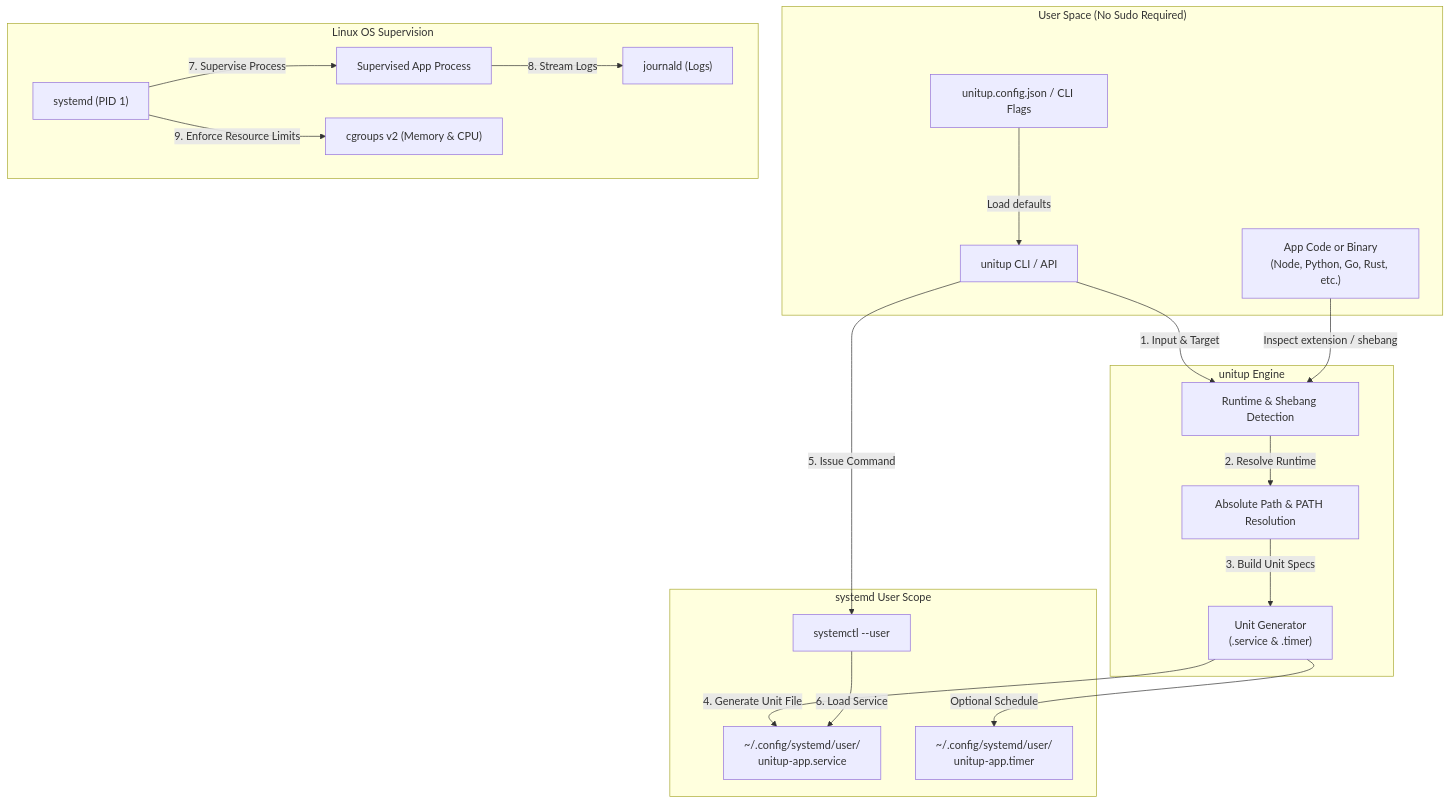
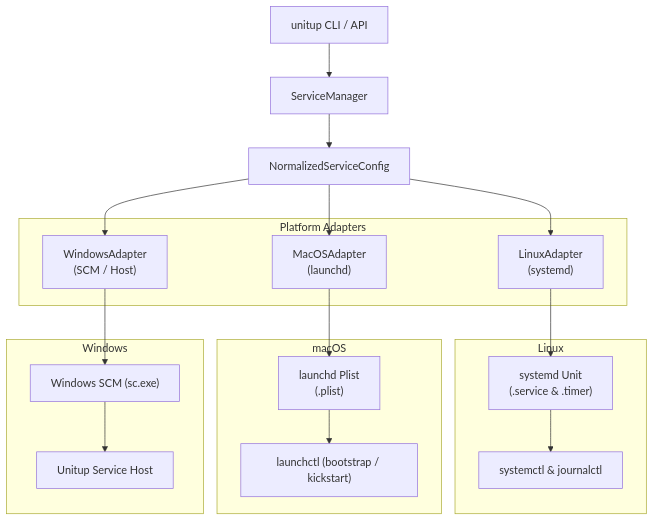
Before and after one commit to litepacks/unitup: the diagram in README.md, drawn with Mermaid. The commit also changed other lines of this file and 52 other files, not shown here.

Commit message:
refactor: implement unified cross-platform service management API with pluggable adapters

````diff
--- a/README.md
+++ b/README.md
@@ -15,40 +36,37 @@
 ```mermaid
 flowchart TD
-    subgraph UserSpace["User Space (No Sudo Required)"]
-        CLI["unitup CLI / API"]
-        Config["unitup.config.json / CLI Flags"]
-        App["App Code or Binary<br/>(Node, Python, Go, Rust, etc.)"]
+    CLI["unitup CLI / API"]
+    Manager["ServiceManager"]
+    Norm["NormalizedServiceConfig"]
+
+    CLI --> Manager
+    Manager --> Norm
+
+    subgraph Adapters["Platform Adapters"]
+        LinuxAdapt["LinuxAdapter<br/>(systemd)"]
+        MacAdapt["MacOSAdapter<br/>(launchd)"]
+        WinAdapt["WindowsAdapter<br/>(SCM / Host)"]
     end
 
-    subgraph UnitupEngine["unitup Engine"]
-        Detect["Runtime & Shebang Detection"]
-        PathRes["Absolute Path & PATH Resolution"]
-        Gen["Unit Generator<br/>(.service & .timer)"]
+    Norm --> LinuxAdapt
+    Norm --> MacAdapt
+    Norm --> WinAdapt
+
+    subgraph LinuxOS["Linux"]
+        ServiceFile["systemd Unit<br/>(.service & .timer)"]
+        Systemctl["systemctl & journalctl"]
+        LinuxAdapt --> ServiceFile --> Systemctl
     end
 
-    subgraph SystemdUserScope["systemd User Scope"]
-        ServiceFile["~/.config/systemd/user/<br/>unitup-app.service"]
-        TimerFile["~/.config/systemd/user/<br/>unitup-app.timer"]
-        Systemctl["systemctl --user"]
+    subgraph MacOSOS["macOS"]
+        PlistFile["launchd Plist<br/>(.plist)"]
+        Launchctl["launchctl (bootstrap / kickstart)"]
+        MacAdapt --> PlistFile --> Launchctl
     end
 
-    subgraph LinuxSupervision["Linux OS Supervision"]
-        Systemd["systemd (PID 1)"]
-        Journald["journald (Logs)"]
-        Cgroups["cgroups v2 (Memory & CPU)"]
-        AppProcess["Supervised App Process"]
+    subgraph WindowsOS["Windows"]
+        SCM["Windows SCM (sc.exe)"]
+        WinHost["Unitup Service Host"]
+        WinAdapt --> SCM --> WinHost
     end
-
-    CLI -->|1. Input & Target| Detect
-    App -->|Inspect extension / shebang| Detect
-    Config -->|Load defaults| CLI
-    Detect -->|2. Resolve Runtime| PathRes
-    PathRes -->|3. Build Unit Specs| Gen
-    Gen -->|4. Generate Unit File| ServiceFile
-    Gen -->|Optional Schedule| TimerFile
-    CLI -->|5. Issue Command| Systemctl
-    Systemctl -->|6. Load Service| ServiceFile
-    Systemd -->|7. Supervise Process| AppProcess
-    AppProcess -->|8. Stream Logs| Journald
-    Systemd -->|9. Enforce Resource Limits| Cgroups
 ```
````
